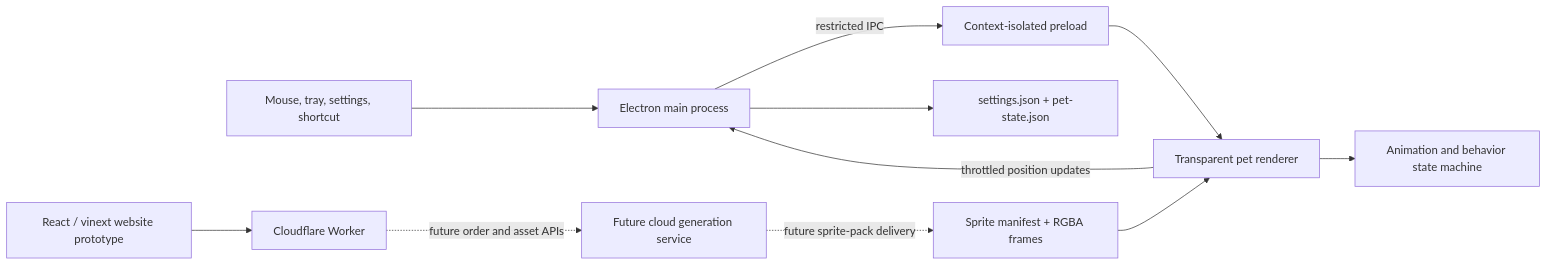
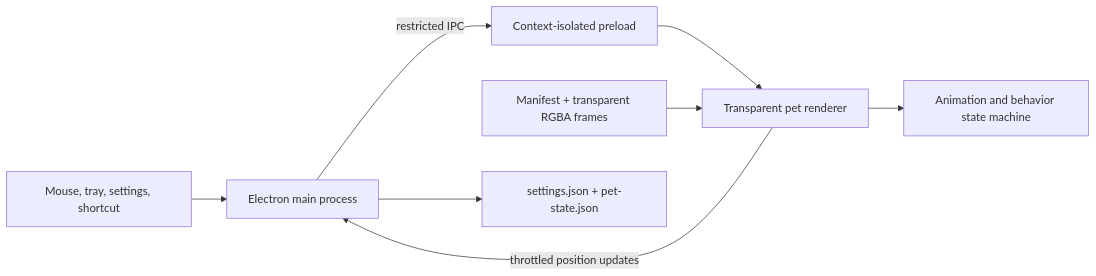
The diagram in README.md (kennyufish/bambi-2d-desktop-pet), drawn with Mermaid before and after one commit. The commit also changed other lines of this file and 52 other files, not shown here.

````diff
--- a/README.md
+++ b/README.md
@@ -32,14 +35,10 @@
 ```mermaid
 flowchart LR
-    User["Mouse, tray, settings, shortcut"] --> Main["Electron main process"]
+    Input["Mouse, tray, settings, shortcut"] --> Main["Electron main process"]
     Main -->|"restricted IPC"| Preload["Context-isolated preload"]
     Preload --> Renderer["Transparent pet renderer"]
     Renderer --> StateMachine["Animation and behavior state machine"]
-    SpritePack["Sprite manifest + RGBA frames"] --> Renderer
+    SpritePack["Manifest + transparent RGBA frames"] --> Renderer
     Renderer -->|"throttled position updates"| Main
     Main --> State["settings.json + pet-state.json"]
-
-    Website["React / vinext website prototype"] --> Worker["Cloudflare Worker"]
-    Worker -. "future order and asset APIs" .-> Generation["Future cloud generation service"]
-    Generation -. "future sprite-pack delivery" .-> SpritePack
 ```
````
